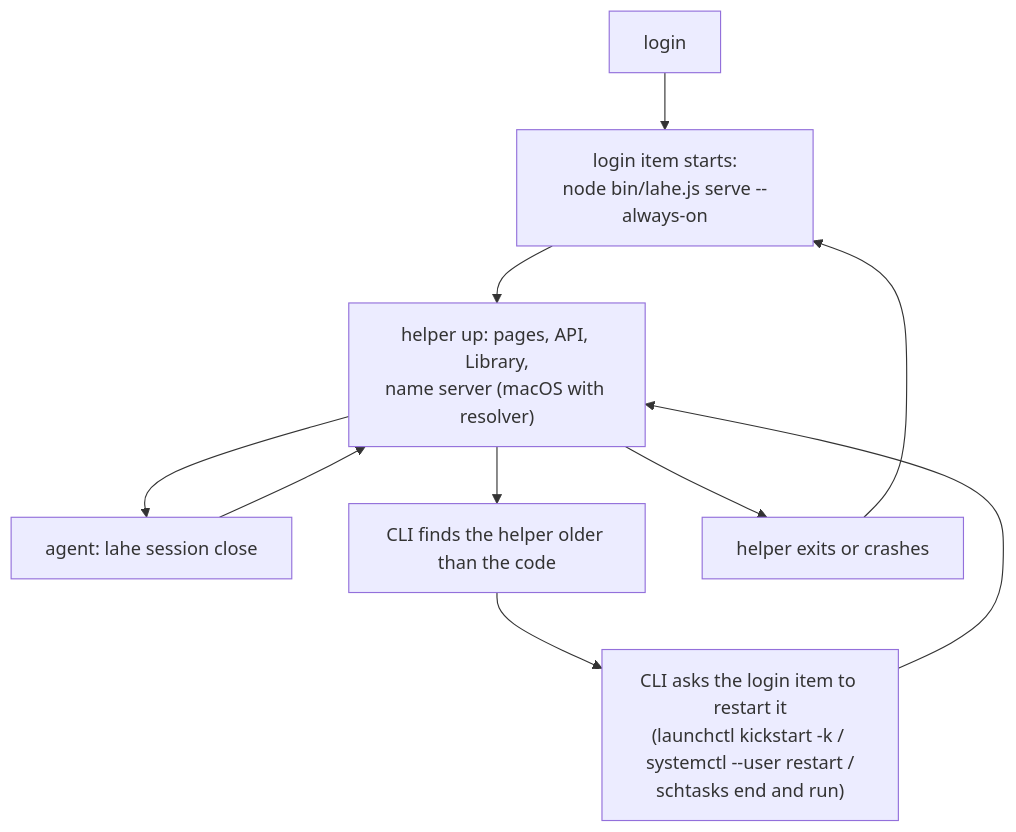
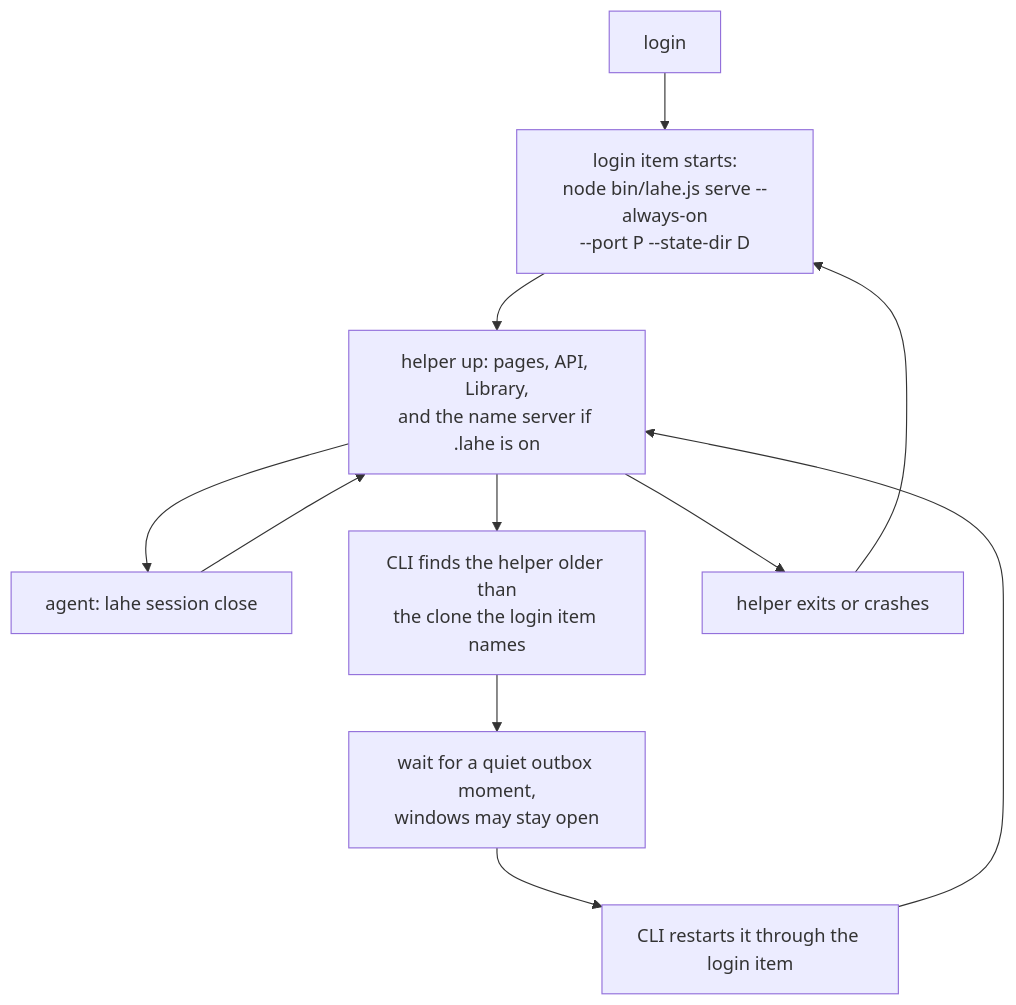
One commit to kenxle/live-agentic-html-editor changed the third of 3 diagrams in docs/features/20261011.02_stable_addresses/02_architecture_stable_addresses.md. Above: the diagram before and after it, drawn with Mermaid. The commit also changed other lines of this file and 5 other files, not shown here.

Commit message:
Stable addresses: architecture reworked after architect and security reviews; brief follows

````diff
--- a/docs/features/20261011.02_stable_addresses/02_architecture_stable_addresses.md
+++ b/docs/features/20261011.02_stable_addresses/02_architecture_stable_addresses.md
@@ -121,12 +159,13 @@
 ```mermaid
 flowchart TD
-    Login["login"] --> Mgr["login item starts:<br/>node bin/lahe.js serve --always-on"]
-    Mgr --> Up["helper up: pages, API, Library,<br/>name server (macOS with resolver)"]
+    Login["login"] --> Mgr["login item starts:<br/>node bin/lahe.js serve --always-on<br/>--port P --state-dir D"]
+    Mgr --> Up["helper up: pages, API, Library,<br/>and the name server if .lahe is on"]
     Up --> Close["agent: lahe session close"]
     Close --> Up
-    Up --> Stale["CLI finds the helper older than the code"]
-    Stale --> Kick["CLI asks the login item to restart it<br/>(launchctl kickstart -k / systemctl --user restart /<br/>schtasks end and run)"]
+    Up --> Stale["CLI finds the helper older than<br/>the clone the login item names"]
+    Stale --> Quiet["wait for a quiet outbox moment,<br/>windows may stay open"]
+    Quiet --> Kick["CLI restarts it through the login item"]
     Kick --> Up
     Up --> Crash["helper exits or crashes"]
     Crash --> Mgr
 ```
````
